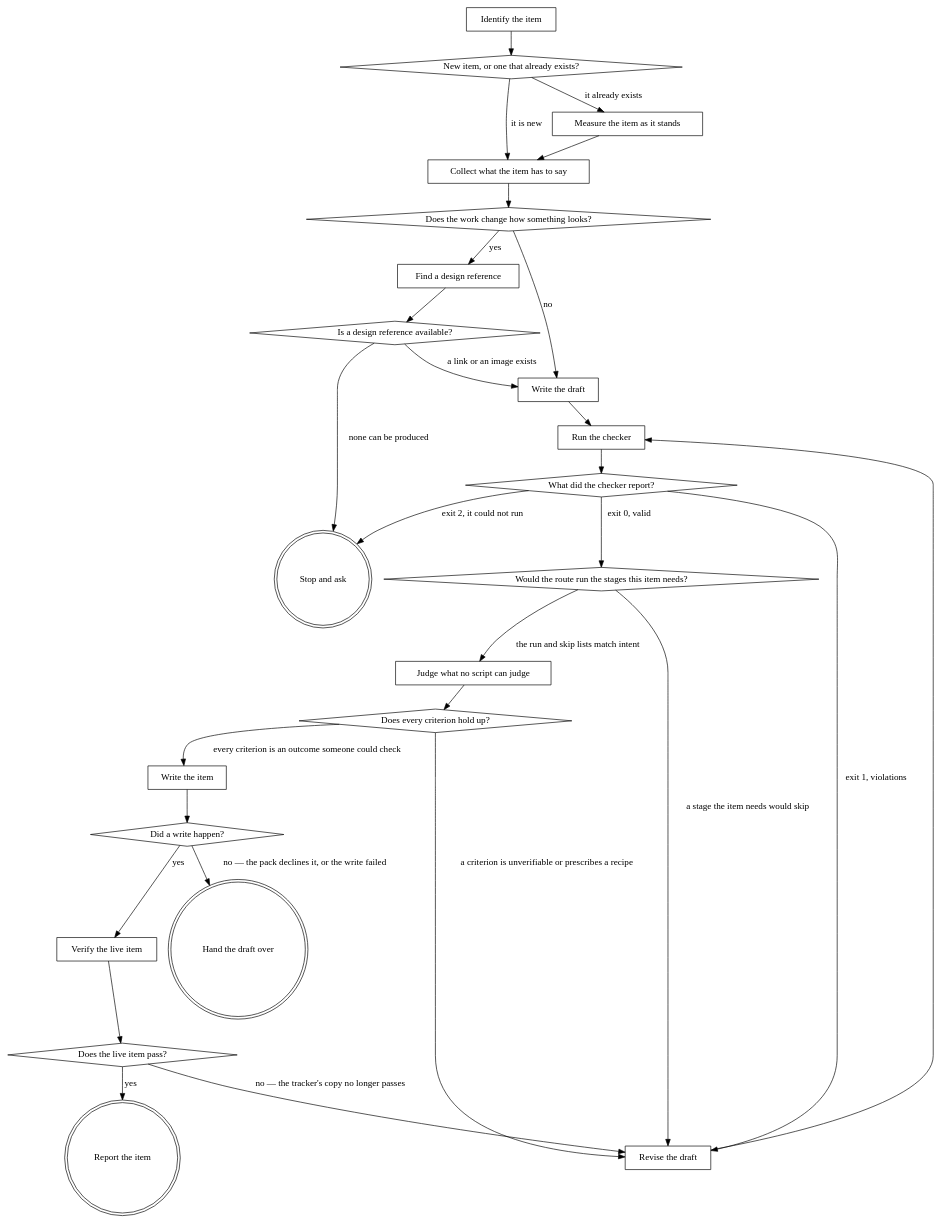
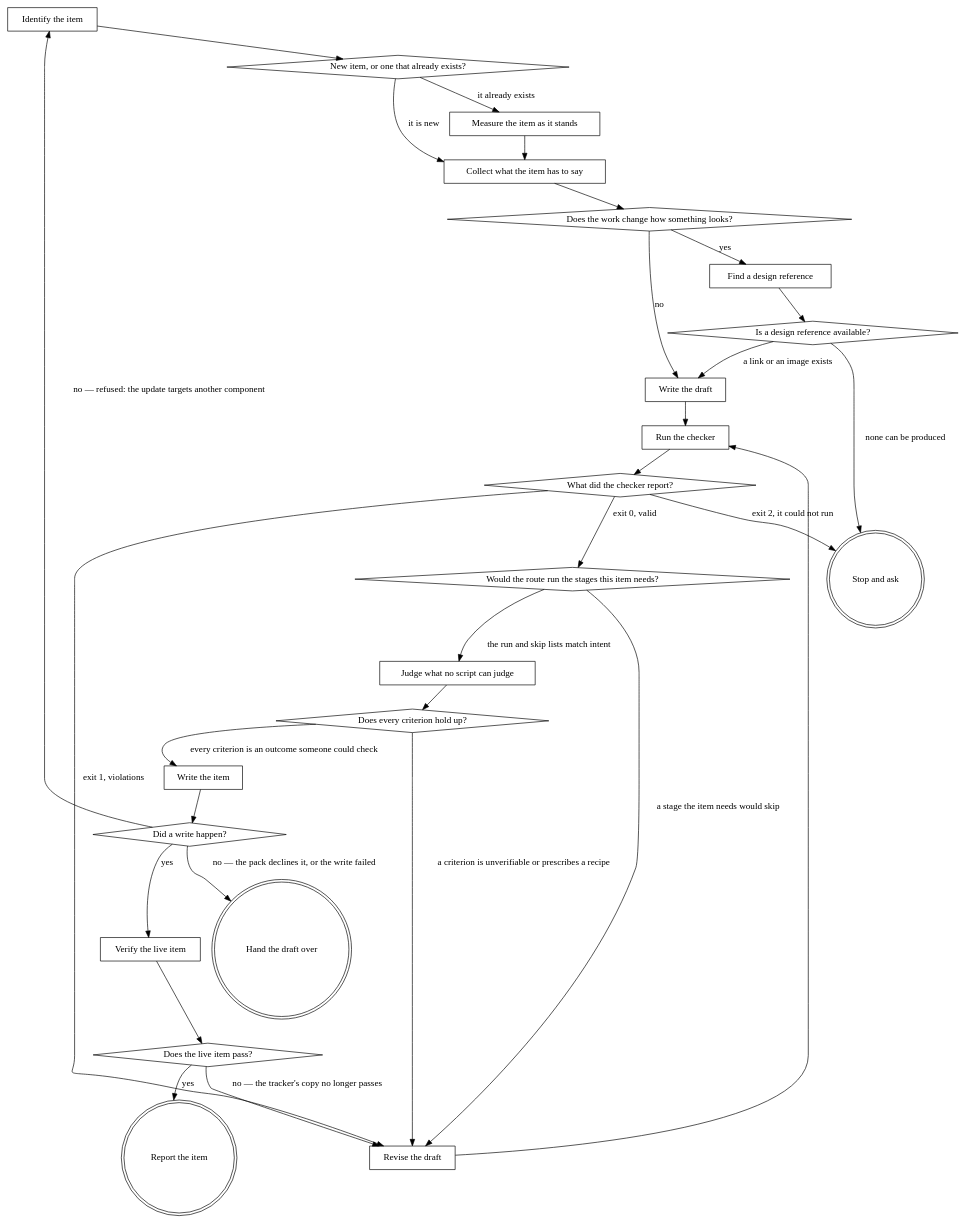
Before and after one commit to agenticDraft/aem-eds-ai-workflow-demo: the diagram in .claude/skills/write-specs/SKILL.md, drawn with Graphviz. The commit also changed other lines of this file and 6 other files, not shown here.

First line of the commit message:
write-specs refuses an update that moves an item onto another component (G182)

````diff
--- a/.claude/skills/write-specs/SKILL.md
+++ b/.claude/skills/write-specs/SKILL.md
@@ -63,53 +63,54 @@
 ```dot
 digraph write_specs {
     "Identify the item" [shape=box];
     "New item, or one that already exists?" [shape=diamond];
     "Measure the item as it stands" [shape=box];
     "Collect what the item has to say" [shape=box];
     "Does the work change how something looks?" [shape=diamond];
     "Find a design reference" [shape=box];
     "Is a design reference available?" [shape=diamond];
     "Write the draft" [shape=box];
     "Run the checker" [shape=box];
     "What did the checker report?" [shape=diamond];
     "Revise the draft" [shape=box];
     "Would the route run the stages this item needs?" [shape=diamond];
     "Judge what no script can judge" [shape=box];
     "Does every criterion hold up?" [shape=diamond];
     "Write the item" [shape=box];
     "Did a write happen?" [shape=diamond];
     "Verify the live item" [shape=box];
     "Does the live item pass?" [shape=diamond];
     "Report the item" [shape=doublecircle];
     "Hand the draft over" [shape=doublecircle];
     "Stop and ask" [shape=doublecircle];
 
     "Identify the item" -> "New item, or one that already exists?";
     "New item, or one that already exists?" -> "Measure the item as it stands" [label="it already exists"];
     "New item, or one that already exists?" -> "Collect what the item has to say" [label="it is new"];
     "Measure the item as it stands" -> "Collect what the item has to say";
     "Collect what the item has to say" -> "Does the work change how something looks?";
     "Does the work change how something looks?" -> "Find a design reference" [label="yes"];
     "Does the work change how something looks?" -> "Write the draft" [label="no"];
     "Find a design reference" -> "Is a design reference available?";
     "Is a design reference available?" -> "Write the draft" [label="a link or an image exists"];
     "Is a design reference available?" -> "Stop and ask" [label="none can be produced"];
     "Write the draft" -> "Run the checker";
     "Run the checker" -> "What did the checker report?";
     "What did the checker report?" -> "Revise the draft" [label="exit 1, violations"];
     "What did the checker report?" -> "Stop and ask" [label="exit 2, it could not run"];
     "What did the checker report?" -> "Would the route run the stages this item needs?" [label="exit 0, valid"];
     "Revise the draft" -> "Run the checker";
     "Would the route run the stages this item needs?" -> "Revise the draft" [label="a stage the item needs would skip"];
     "Would the route run the stages this item needs?" -> "Judge what no script can judge" [label="the run and skip lists match intent"];
     "Judge what no script can judge" -> "Does every criterion hold up?";
     "Does every criterion hold up?" -> "Revise the draft" [label="a criterion is unverifiable or prescribes a recipe"];
     "Does every criterion hold up?" -> "Write the item" [label="every criterion is an outcome someone could check"];
     "Write the item" -> "Did a write happen?";
     "Did a write happen?" -> "Hand the draft over" [label="no — the pack declines it, or the write failed"];
+    "Did a write happen?" -> "Identify the item" [label="no — refused: the update targets another component"];
     "Did a write happen?" -> "Verify the live item" [label="yes"];
     "Verify the live item" -> "Does the live item pass?";
     "Does the live item pass?" -> "Revise the draft" [label="no — the tracker's copy no longer passes"];
     "Does the live item pass?" -> "Report the item" [label="yes"];
 }
 ```
````
